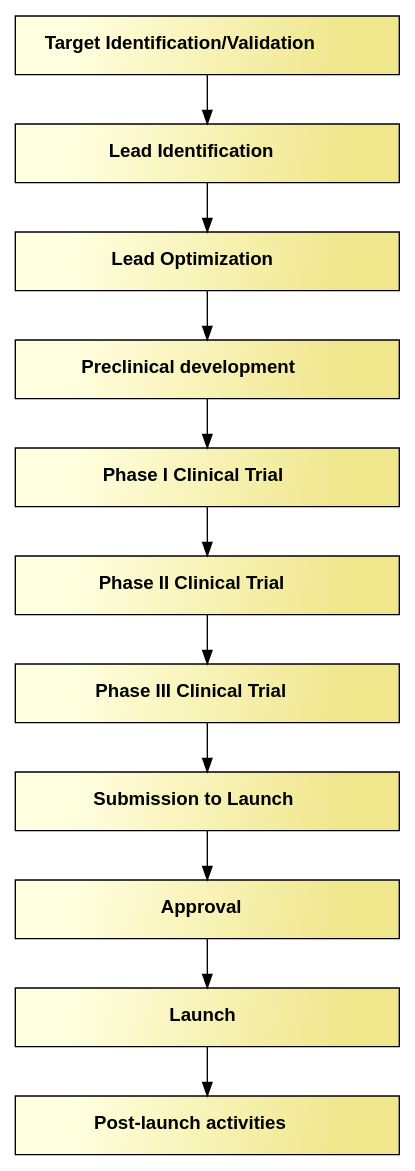
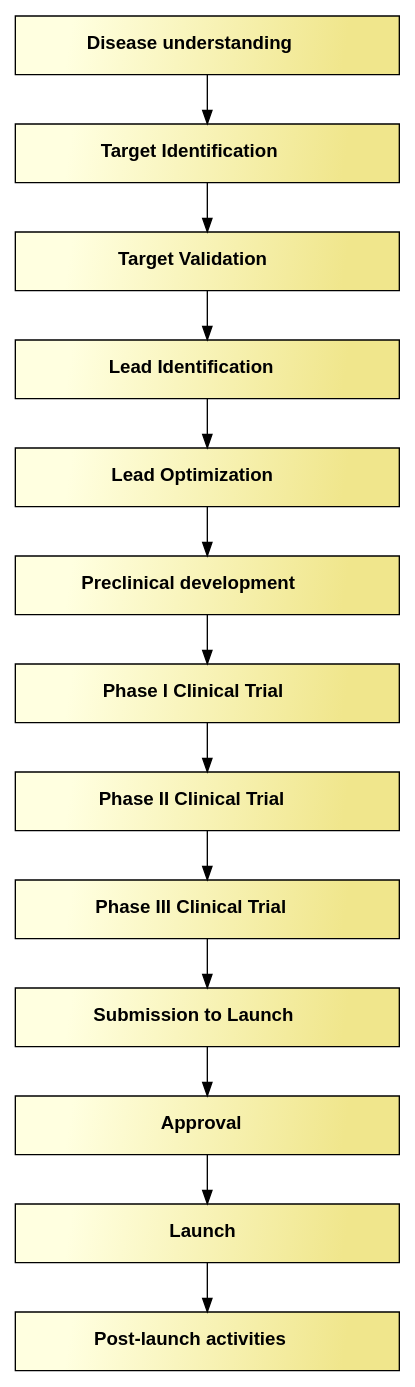
One commit to Accio/AMIDD changed the diagram in book/data/linear-drug-discovery-workflow.gv. Above: the diagram before and after it, drawn with Graphviz.

Commit message:
split disease understanding, ti and tv into individual nodes

```diff
--- a/book/data/linear-drug-discovery-workflow.gv
+++ b/book/data/linear-drug-discovery-workflow.gv
@@ -1,40 +1,44 @@
 digraph LinearWorkflow {
 
   graph [rankdir = TB]
 
   node [shape = record,
 	style = filled,
 	fixedsize=true,
 	width=4,
 	height=0.618,
 	fontsize=14,
 	fillcolor = "lightyellow:khaki",
 	gradientangle=315,
 	fontname="Helvetica"]
-  TargetID[label=< <B>Target Identification/Validation</B> >]
+  DU[label=< <B>Disease understanding</B> >]
+  TI[label=< <B>Target Identification</B> >]
+  TV[label=< <B>Target Validation</B> >]
   LI [label=< <B>Lead Identification</B> >]
   LO [label=< <B>Lead Optimization</B> >]
   PcD [label=< <B>Preclinical development</B> >]
   CT1 [label=< <B>Phase I Clinical Trial</B> >]
   CT2 [label=< <B>Phase II Clinical Trial</B> >]
   CT3 [label=< <B>Phase III Clinical Trial</B> >] 
   Sub [label=< <B>Submission to Launch</B> >] 
   Approval [label=< <B>Approval</B> >]  
   Launch [label=< <B>Launch</B> >]  
   CT4 [label=< <B>Post-launch activities</B> >] 
   
   edge [color = black,
         arrowname = vee,
         fontname="Helvetica",
         fontsize=10]
-  TargetID -> LI
+  DU -> TI
+  TI -> TV
+  TV -> LI
   LI -> LO
   LO -> PcD
   PcD -> CT1
   CT1 -> CT2
   CT2 -> CT3
   CT3 -> Sub
   Sub -> Approval
   Approval -> Launch
   Launch -> CT4
 }
```
